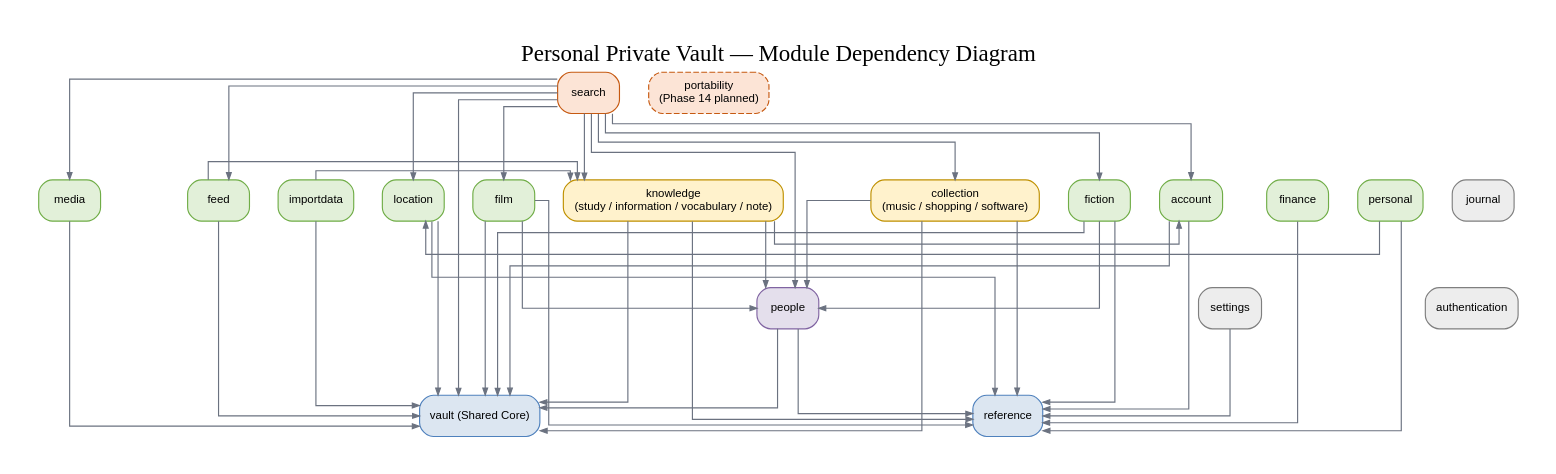
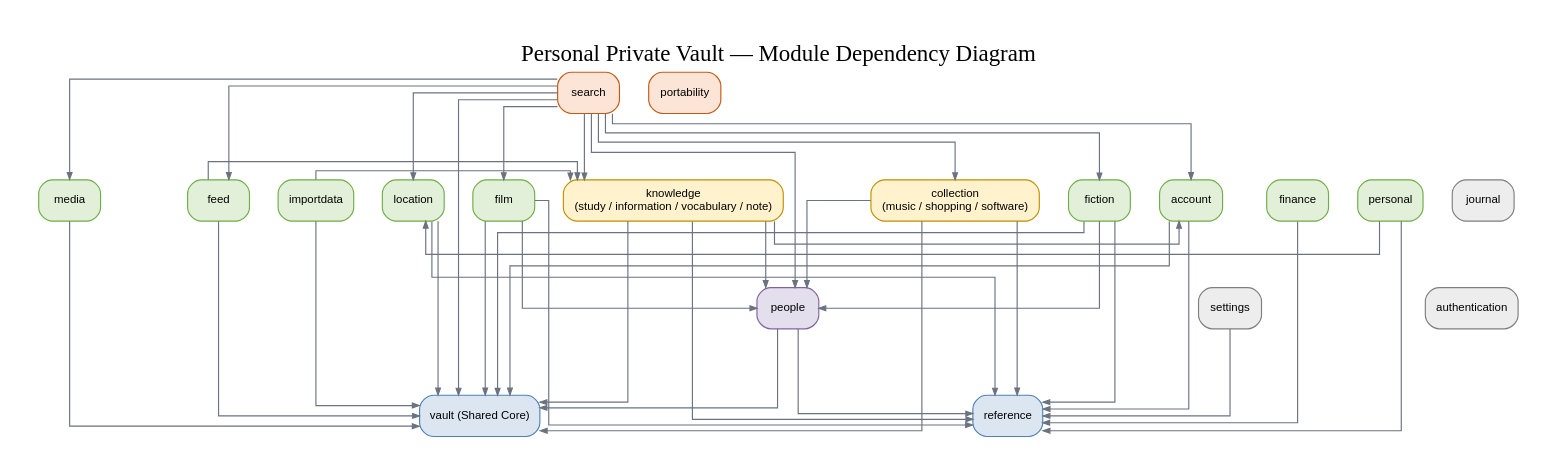
One commit to vhvkhangg/personal-private-vault changed the diagram in docs/architecture/diagrams/source/module-dependencies.dot. Above: the diagram before and after it, drawn with Graphviz. The commit also changed 14 other files, not shown here.

```diff
--- a/docs/architecture/diagrams/source/module-dependencies.dot
+++ b/docs/architecture/diagrams/source/module-dependencies.dot
@@ -1,67 +1,67 @@
 digraph Modules {
 graph [rankdir=TB, bgcolor="white", pad=0.35, nodesep=0.35, ranksep=0.8, splines=ortho, label="Personal Private Vault — Module Dependency Diagram", labelloc=t, fontsize=20, fontname="Arial Bold"];
 node [shape=box, style="rounded,filled", fontname="Arial", fontsize=10, margin="0.14,0.08"];
 edge [color="#6B7280", arrowsize=0.6, penwidth=1.0];
 search [label="search", fillcolor="#FCE4D6", color="#C65911"];
-portability [label="portability\n(Phase 14 planned)", style="rounded,dashed,filled", fillcolor="#FCE4D6", color="#C65911"];
+portability [label="portability", style="rounded,filled", fillcolor="#FCE4D6", color="#C65911"];
 feed [label="feed", fillcolor="#E2F0D9", color="#70AD47"];
 importdata [label="importdata", fillcolor="#E2F0D9", color="#70AD47"];
 knowledge [label="knowledge\n(study / information / vocabulary / note)", fillcolor="#FFF2CC", color="#BF9000"];
 collection [label="collection\n(music / shopping / software)", fillcolor="#FFF2CC", color="#BF9000"];
 account [label="account", fillcolor="#E2F0D9", color="#70AD47"];
 fiction [label="fiction", fillcolor="#E2F0D9", color="#70AD47"];
 film [label="film", fillcolor="#E2F0D9", color="#70AD47"];
 media [label="media", fillcolor="#E2F0D9", color="#70AD47"];
 location [label="location", fillcolor="#E2F0D9", color="#70AD47"];
 finance [label="finance", fillcolor="#E2F0D9", color="#70AD47"];
 journal [label="journal", fillcolor="#EDEDED", color="#7F7F7F"];
 personal [label="personal", fillcolor="#E2F0D9", color="#70AD47"];
 people [label="people", fillcolor="#E4DFEC", color="#8064A2"];
 settings [label="settings", fillcolor="#EDEDED", color="#7F7F7F"];
 authentication [label="authentication", fillcolor="#EDEDED", color="#7F7F7F"];
 vault [label="vault (Shared Core)", fillcolor="#DCE6F1", color="#4F81BD"];
 reference [label="reference", fillcolor="#DCE6F1", color="#4F81BD"];
 {rank=same; search portability}
 {rank=same; feed importdata knowledge collection account}
 {rank=same; fiction film media location finance journal personal}
 {rank=same; people settings authentication}
 {rank=same; vault reference}
 settings -> reference;
 people -> vault;
 people -> reference;
 fiction -> vault;
 fiction -> people;
 fiction -> reference;
 film -> vault;
 film -> people;
 film -> reference;
 media -> vault;
 location -> vault;
 location -> reference;
 knowledge -> vault;
 knowledge -> people;
 knowledge -> reference;
 knowledge -> account;
 collection -> vault;
 collection -> people;
 collection -> reference;
 account -> vault;
 account -> reference;
 feed -> vault;
 feed -> knowledge;
 importdata -> vault;
 importdata -> knowledge;
 finance -> reference;
 personal -> reference;
 personal -> location;
 search -> vault;
 search -> people;
 search -> fiction;
 search -> film;
 search -> media;
 search -> location;
 search -> knowledge;
 search -> collection;
 search -> account;
 search -> feed;
 }
```
